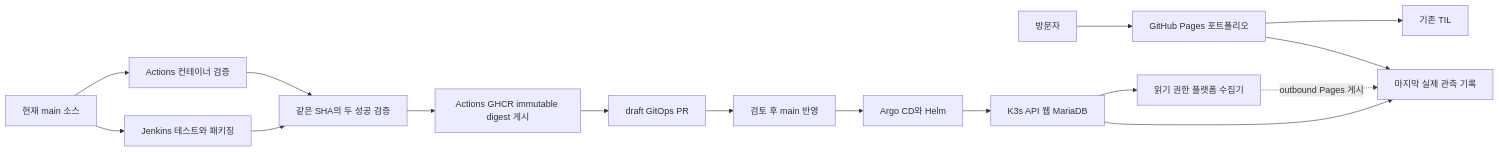
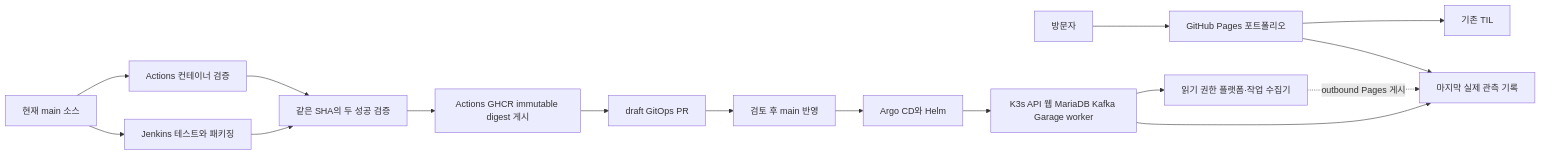
The diagram in README.md (DevDooly/devdooly-platform-lab), drawn with Mermaid before and after one commit. The commit also changed other lines of this file and 11 other files, not shown here.

````diff
--- a/README.md
+++ b/README.md
@@ -52,18 +55,18 @@
 ```mermaid
 flowchart LR
   V[방문자] --> P[GitHub Pages 포트폴리오]
   P --> O[마지막 실제 관측 기록]
   P --> T[기존 TIL]
   C[현재 main 소스] --> J[Jenkins 테스트와 패키징]
   C --> G[Actions 컨테이너 검증]
   J --> V2[같은 SHA의 두 성공 검증]
   G --> V2
   V2 --> R[Actions GHCR immutable digest 게시]
   R --> D[draft GitOps PR]
   D --> M[검토 후 main 반영]
   M --> A[Argo CD와 Helm]
-  A --> K[K3s API 웹 MariaDB]
+  A --> K[K3s API 웹 MariaDB Kafka Garage worker]
   K --> O
-  K --> S[읽기 권한 플랫폼 수집기]
+  K --> S[읽기 권한 플랫폼·작업 수집기]
   S -. outbound Pages 게시 .-> O
 ```
````
